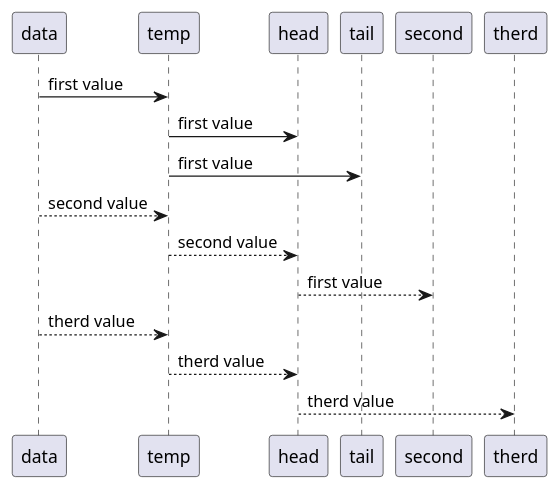
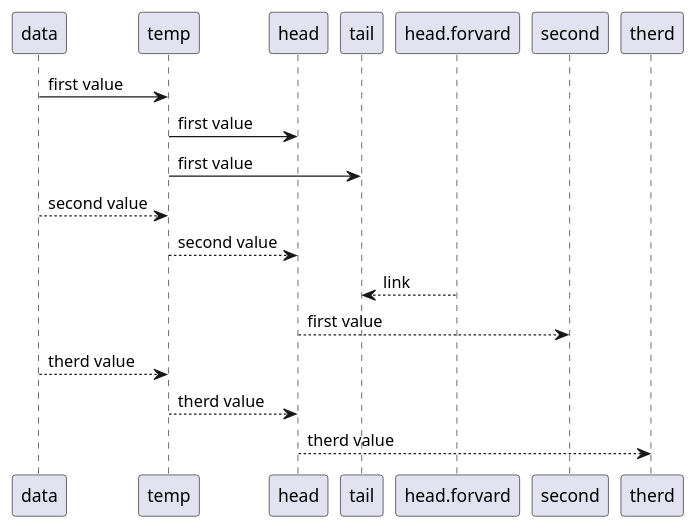
Before and after one commit to esoe/practice: the diagram in lab03/src/main/doc/uml/expandedList/sequence.puml, drawn with PlantUML.

```diff
--- a/lab03/src/main/doc/uml/expandedList/sequence.puml
+++ b/lab03/src/main/doc/uml/expandedList/sequence.puml
@@ -1,12 +1,13 @@
 @startuml sequence
 data -> temp : first value
 temp -> head : first value
 temp -> tail : first value
 data --> temp : second value
 temp --> head : second value
+head.forvard --> tail : link
 head --> second : first value
 data --> temp : therd value
 temp --> head : therd value
 head --> therd : therd value
 
 @enduml
```
